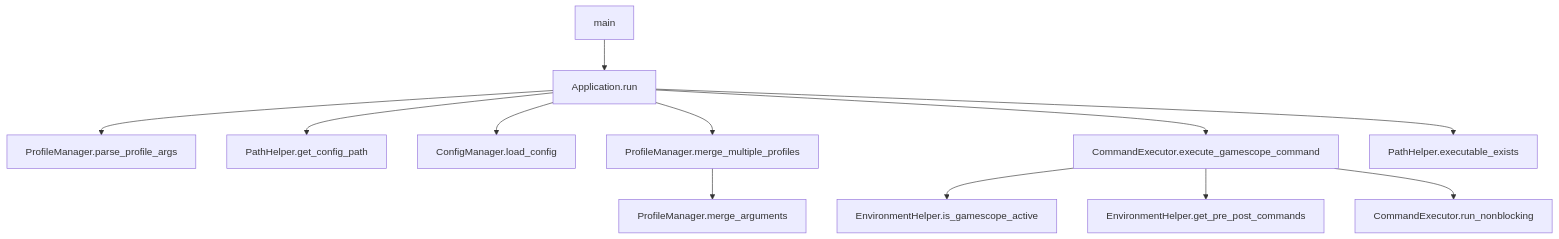
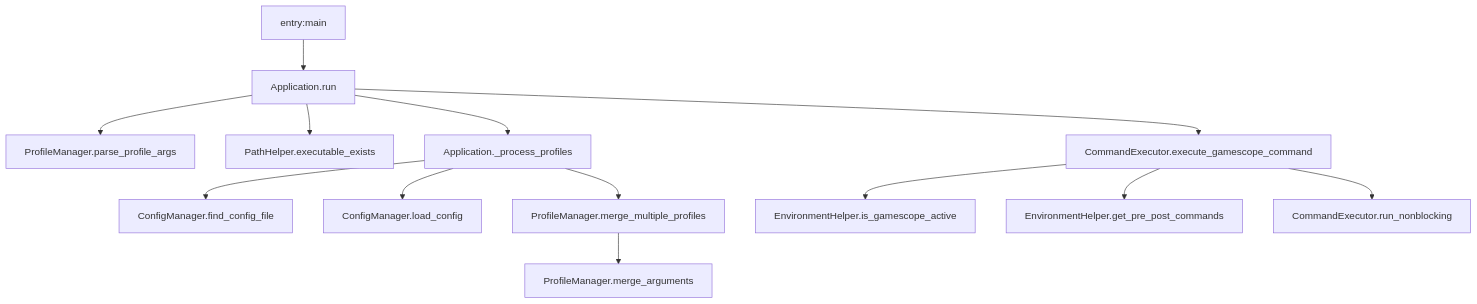
One commit to WombatFromHell/neoscopebuddy changed the first of 3 diagrams in DESIGN.md. Above: the diagram before and after it, drawn with Mermaid. The commit also changed other lines of this file and 35 other files, not shown here.

````diff
--- a/DESIGN.md
+++ b/DESIGN.md
@@ -18,14 +19,15 @@
 ```mermaid
 graph TB
-    A[main] --> A0[Application.run]
+    A[entry:main] --> A0[Application.run]
     A0 --> A1[ProfileManager.parse_profile_args]
-    A0 --> A2[PathHelper.get_config_path]
-    A0 --> A3[ConfigManager.load_config]
-    A0 --> A4[ProfileManager.merge_multiple_profiles]
-    A0 --> A5[CommandExecutor.execute_gamescope_command]
-    A4 --> A6[ProfileManager.merge_arguments]
-    A5 --> A7[EnvironmentHelper.is_gamescope_active]
-    A5 --> A8[EnvironmentHelper.get_pre_post_commands]
-    A5 --> A9[CommandExecutor.run_nonblocking]
-    A0 --> A10[PathHelper.executable_exists]
+    A0 --> A2[PathHelper.executable_exists]
+    A0 --> A3[Application._process_profiles]
+    A3 --> A4[ConfigManager.find_config_file]
+    A3 --> A5[ConfigManager.load_config]
+    A3 --> A6[ProfileManager.merge_multiple_profiles]
+    A0 --> A7[CommandExecutor.execute_gamescope_command]
+    A6 --> A8[ProfileManager.merge_arguments]
+    A7 --> A9[EnvironmentHelper.is_gamescope_active]
+    A7 --> A10[EnvironmentHelper.get_pre_post_commands]
+    A7 --> A11[CommandExecutor.run_nonblocking]
 ```
````
